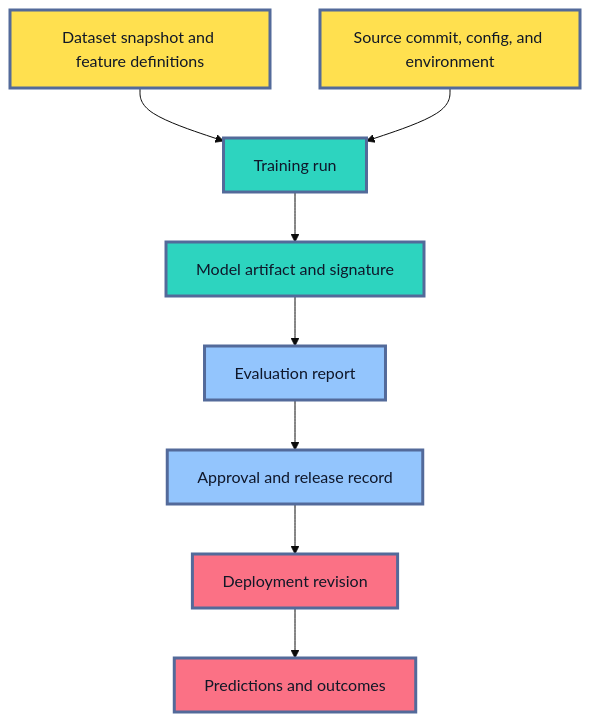
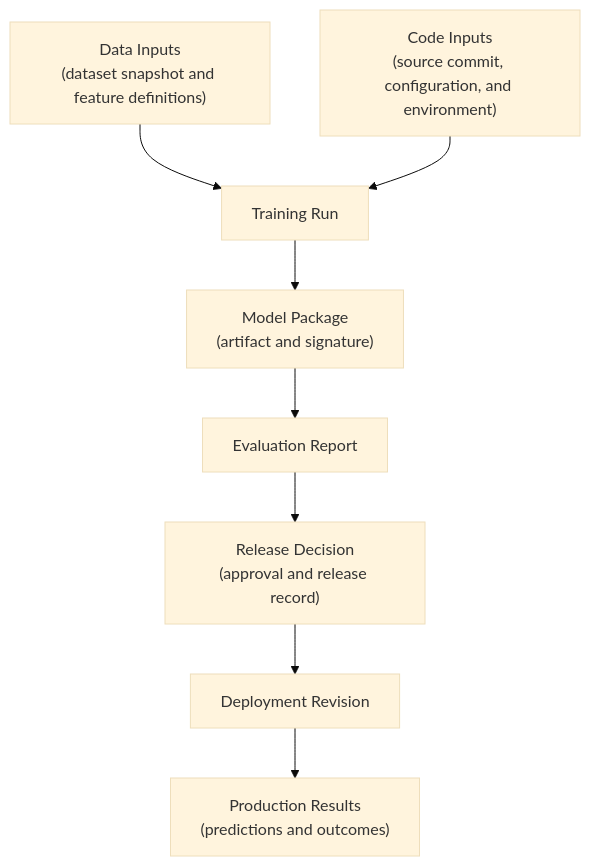
The third of 6 diagrams in roadmaps/mlops/modules/mlops-foundations/architecture-basics/01-simple-mlops-architecture.md (senlinyy/dev-roadmaps), drawn with Mermaid (base theme) before and after one commit. The commit also changed other lines of this file and 152 other files, not shown here.

Commit message:
feat: mlops and diagrams updated

````diff
--- a/roadmaps/mlops/modules/mlops-foundations/architecture-basics/01-simple-mlops-architecture.md
+++ b/roadmaps/mlops/modules/mlops-foundations/architecture-basics/01-simple-mlops-architecture.md
@@ -221,19 +219,15 @@
 ```mermaid
 flowchart TD
-    A["Dataset snapshot and feature definitions"] --> B["Training run"]
-    C["Source commit, config, and environment"] --> B
-    B --> D["Model artifact and signature"]
-    D --> E["Evaluation report"]
-    E --> F["Approval and release record"]
-    F --> G["Deployment revision"]
-    G --> H["Predictions and outcomes"]
+    A["Data Inputs<br/>(dataset snapshot and feature definitions)"] --> B["Training Run"]
+    C["Code Inputs<br/>(source commit, configuration, and environment)"] --> B
+    B --> D["Model Package<br/>(artifact and signature)"]
+    D --> E["Evaluation Report"]
+    E --> F["Release Decision<br/>(approval and release record)"]
+    F --> G["Deployment Revision"]
+    G --> H["Production Results<br/>(predictions and outcomes)"]
 
-    classDef source fill:#FFE04F,stroke:#536A9A,stroke-width:3px,color:#111827
-    classDef run fill:#2DD4BF,stroke:#536A9A,stroke-width:3px,color:#0F172A
-    classDef evidence fill:#93C5FD,stroke:#536A9A,stroke-width:3px,color:#0F172A
-    classDef prod fill:#FB7185,stroke:#536A9A,stroke-width:3px,color:#111827
     class A,C source
     class B,D run
     class E,F evidence
     class G,H prod
 ```
````
